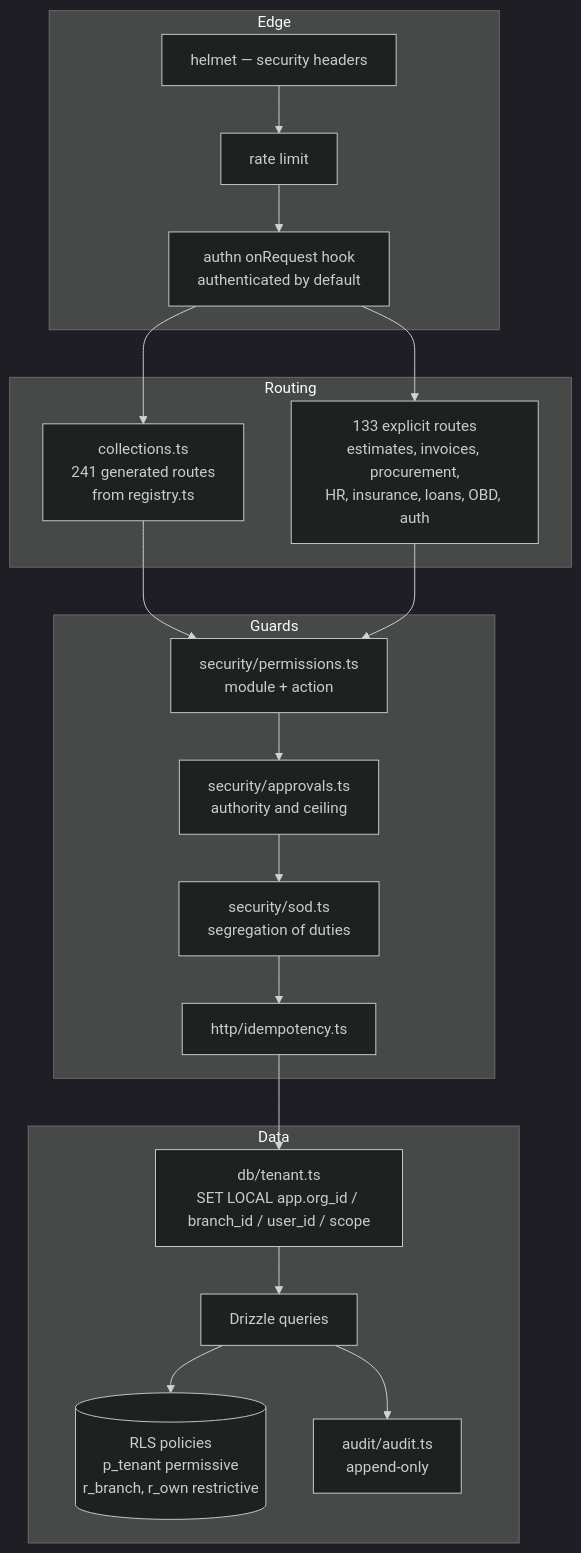
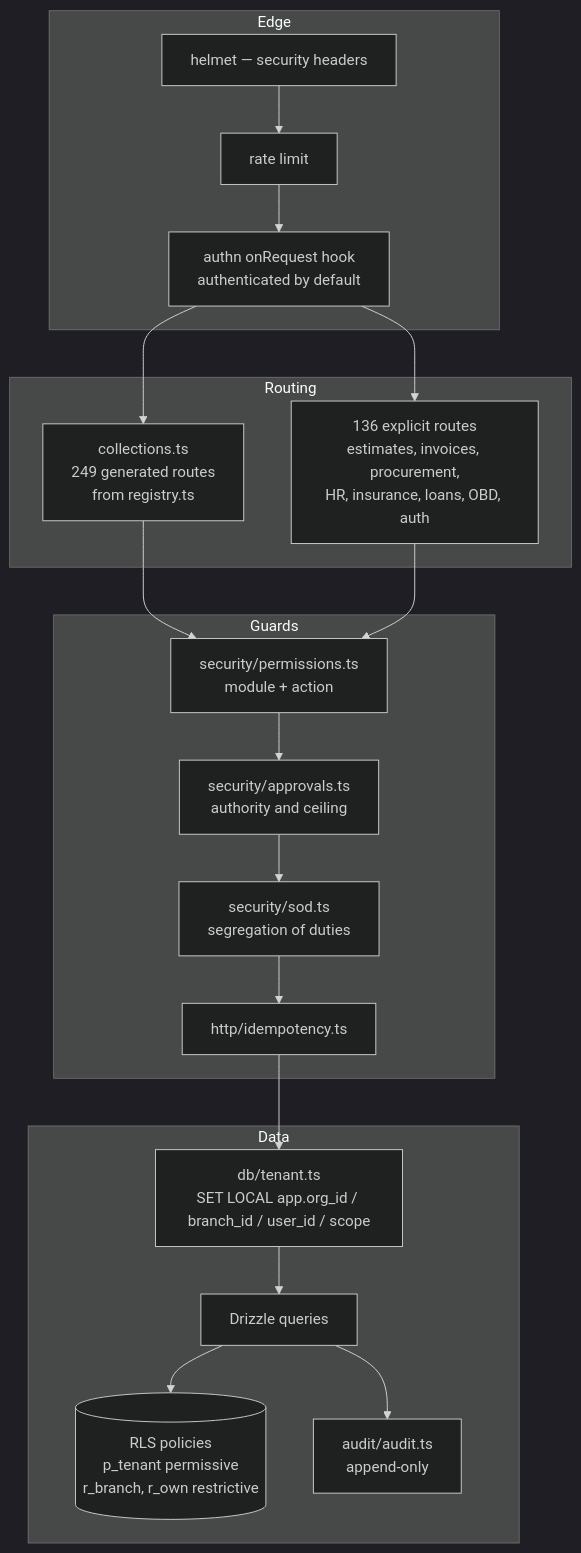
Before and after one commit to tazamohd/SlClNe: the third of 4 diagrams in docs/15_C4_ARCHITECTURE_DIAGRAMS/C4_MODEL.md, drawn with Mermaid (dark theme). The commit also changed other lines of this file and 130 other files, not shown here.

````diff
--- a/docs/15_C4_ARCHITECTURE_DIAGRAMS/C4_MODEL.md
+++ b/docs/15_C4_ARCHITECTURE_DIAGRAMS/C4_MODEL.md
@@ -60,29 +60,29 @@
 ```mermaid
 flowchart TB
   subgraph edge[Edge]
     helmet["helmet — security headers"]
     rl["rate limit"]
     authn["authn onRequest hook<br/>authenticated by default"]
   end
   subgraph routing[Routing]
-    generic["collections.ts<br/>241 generated routes<br/>from registry.ts"]
-    explicit["133 explicit routes<br/>estimates, invoices, procurement,<br/>HR, insurance, loans, OBD, auth"]
+    generic["collections.ts<br/>249 generated routes<br/>from registry.ts"]
+    explicit["136 explicit routes<br/>estimates, invoices, procurement,<br/>HR, insurance, loans, OBD, auth"]
   end
   subgraph guards[Guards]
     perms["security/permissions.ts<br/>module + action"]
     approvals["security/approvals.ts<br/>authority and ceiling"]
     sod["security/sod.ts<br/>segregation of duties"]
     idem["http/idempotency.ts"]
   end
   subgraph data[Data]
     tenant["db/tenant.ts<br/>SET LOCAL app.org_id / branch_id / user_id / scope"]
     drizzle["Drizzle queries"]
     rls[("RLS policies<br/>p_tenant permissive<br/>r_branch, r_own restrictive")]
     audit["audit/audit.ts<br/>append-only"]
   end
   helmet --> rl --> authn --> generic
   authn --> explicit
   generic --> perms
   explicit --> perms --> approvals --> sod --> idem --> tenant --> drizzle --> rls
   drizzle --> audit
 ```
````
